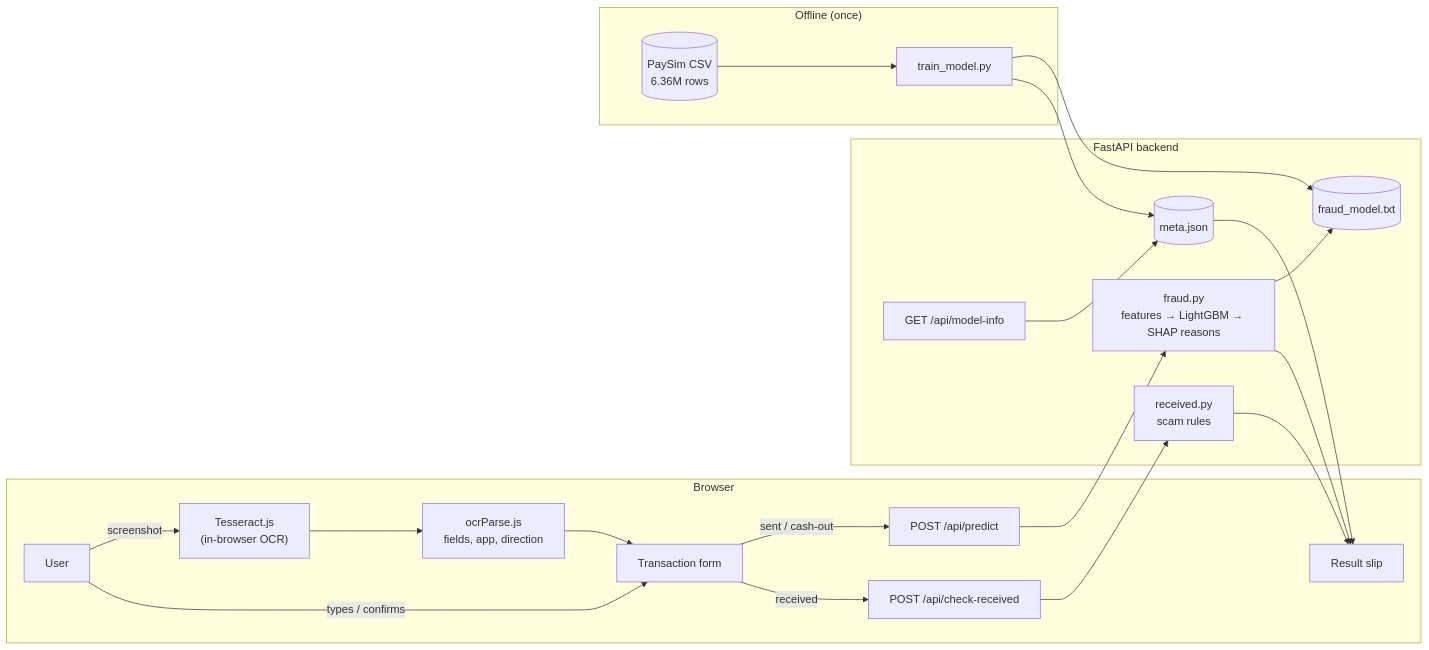
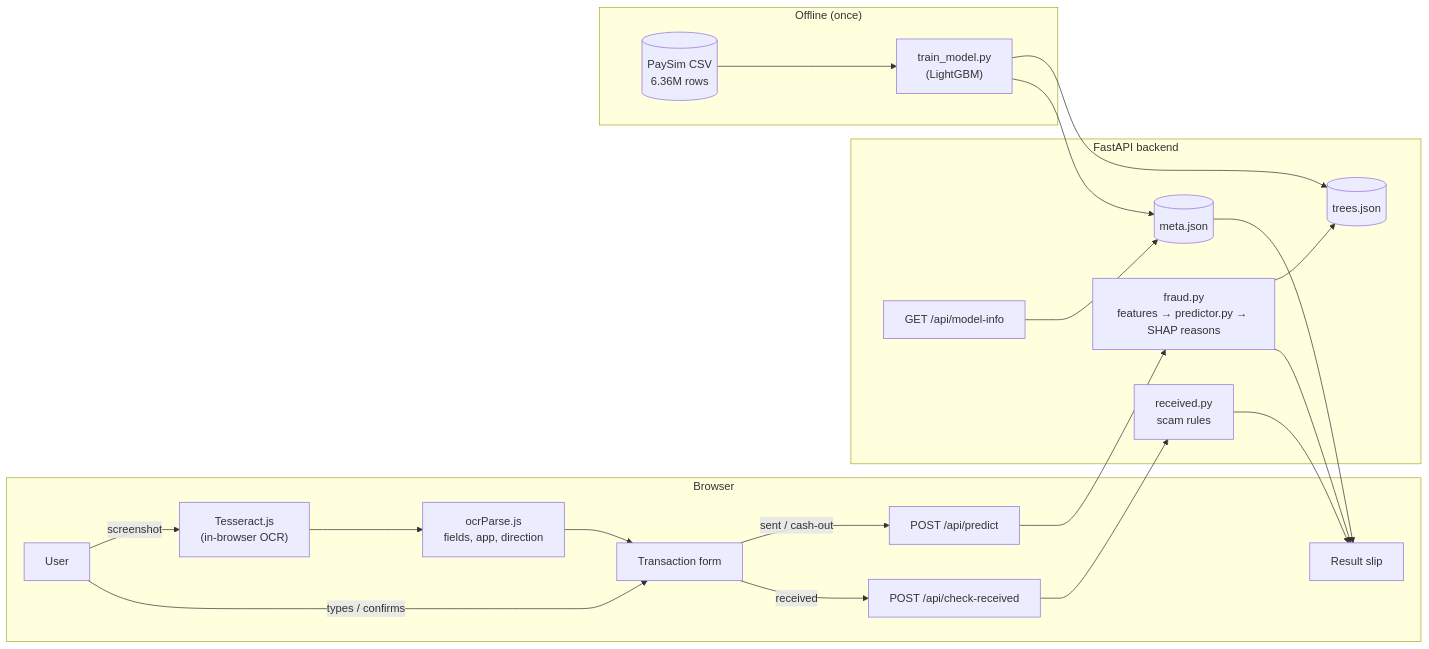
One commit to PrathmeshPawar2110/UPI_Fraud_Detection changed the first of 3 diagrams in docs/TRD.md. Above: the diagram before and after it, drawn with Mermaid. The commit also changed other lines of this file and 19 other files, not shown here.

First line of the commit message:
Deploy to Vercel with GitHub Actions CI/CD; serve the model without LightGBM

````diff
--- a/docs/TRD.md
+++ b/docs/TRD.md
@@ -60,25 +60,25 @@
 ```mermaid
 flowchart LR
     subgraph Browser
         U[User] -->|screenshot| OCR["Tesseract.js<br/>(in-browser OCR)"]
         OCR --> P["ocrParse.js<br/>fields, app, direction"]
         P --> F[Transaction form]
         U -->|types / confirms| F
         F -->|sent / cash-out| A1["POST /api/predict"]
         F -->|received| A2["POST /api/check-received"]
         R[Result slip]
     end
     subgraph "FastAPI backend"
-        A1 --> M["fraud.py<br/>features → LightGBM → SHAP reasons"]
+        A1 --> M["fraud.py<br/>features → predictor.py → SHAP reasons"]
         A2 --> RR["received.py<br/>scam rules"]
         MI["GET /api/model-info"] --> META[(meta.json)]
-        M --> MODEL[(fraud_model.txt)]
+        M --> MODEL[(trees.json)]
     end
     M --> R
     RR --> R
     META --> R
     subgraph "Offline (once)"
-        DS[(PaySim CSV<br/>6.36M rows)] --> T[train_model.py] --> MODEL
+        DS[(PaySim CSV<br/>6.36M rows)] --> T["train_model.py<br/>(LightGBM)"] --> MODEL
         T --> META
     end
 ```
````
